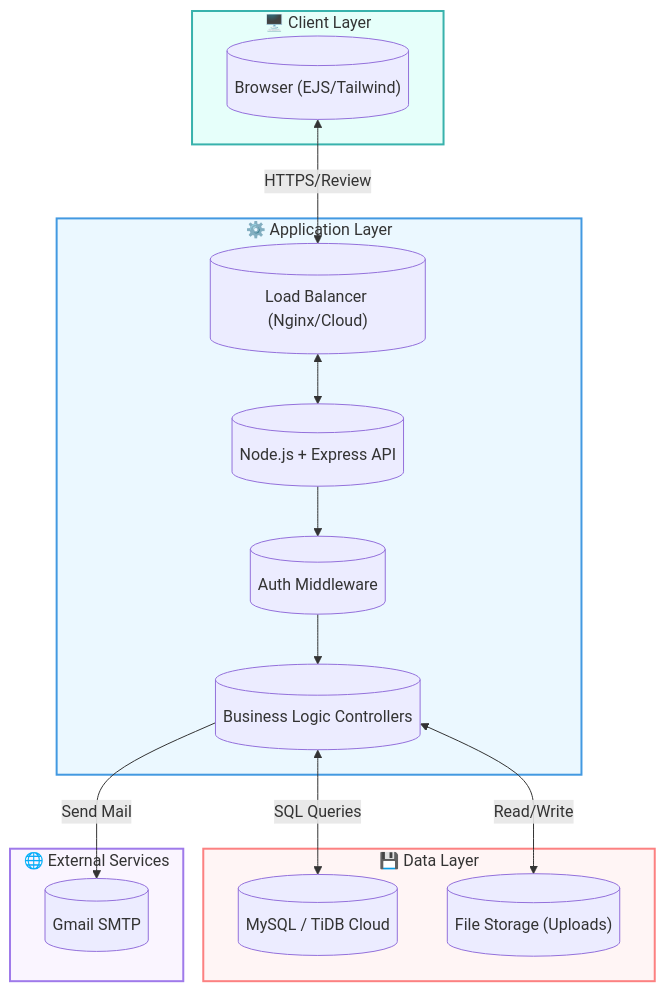
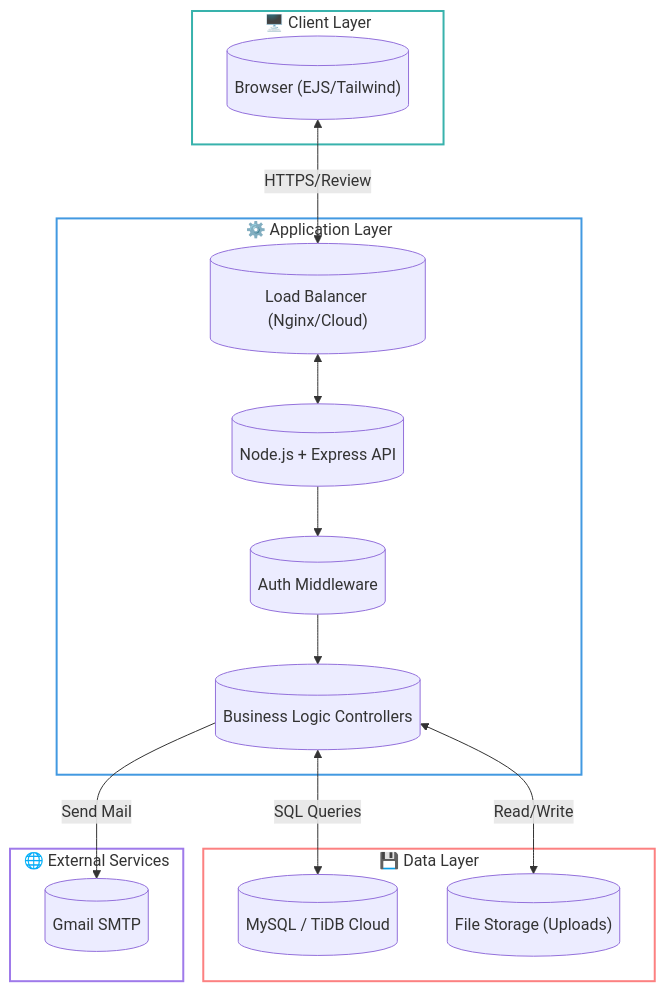
Before and after one commit to Interns-MQI-25/project-interns: the diagram in README.md, drawn with Mermaid.

Commit message:
docs: remove background from architecture subgraphs
- Updated Mermaid diagram styles in README.md to use 'fill:transparent'.\n- Ensures subgraphs do not have a white background, improving visibility on GitHub.

````diff
--- a/README.md
+++ b/README.md
@@ -132,35 +132,35 @@
 ```mermaid
 graph TD
     subgraph Client ["🖥️ Client Layer"]
         Browser[("Browser (EJS/Tailwind)")]
     end
 
     subgraph Server ["⚙️ Application Layer"]
         LB[("Load Balancer (Nginx/Cloud)")]
         Node[("Node.js + Express API")]
         Auth[("Auth Middleware")]
         Logic[("Business Logic Controllers")]
     end
 
     subgraph Data ["💾 Data Layer"]
         DB[("MySQL / TiDB Cloud")]
         FS[("File Storage (Uploads)")]
     end
 
     subgraph External ["🌐 External Services"]
         SMTP[("Gmail SMTP")]
     end
 
     Browser <-->|HTTPS/Review| LB
     LB <--> Node
     Node --> Auth
     Auth --> Logic
     Logic <-->|SQL Queries| DB
     Logic <-->|Read/Write| FS
     Logic -->|Send Mail| SMTP
 
-    style Client fill:#e6fffa,stroke:#38b2ac,stroke-width:2px
-    style Server fill:#ebf8ff,stroke:#4299e1,stroke-width:2px
-    style Data fill:#fff5f5,stroke:#fc8181,stroke-width:2px
-    style External fill:#faf5ff,stroke:#9f7aea,stroke-width:2px
+    style Client fill:transparent,stroke:#38b2ac,stroke-width:2px
+    style Server fill:transparent,stroke:#4299e1,stroke-width:2px
+    style Data fill:transparent,stroke:#fc8181,stroke-width:2px
+    style External fill:transparent,stroke:#9f7aea,stroke-width:2px
 ```
````
